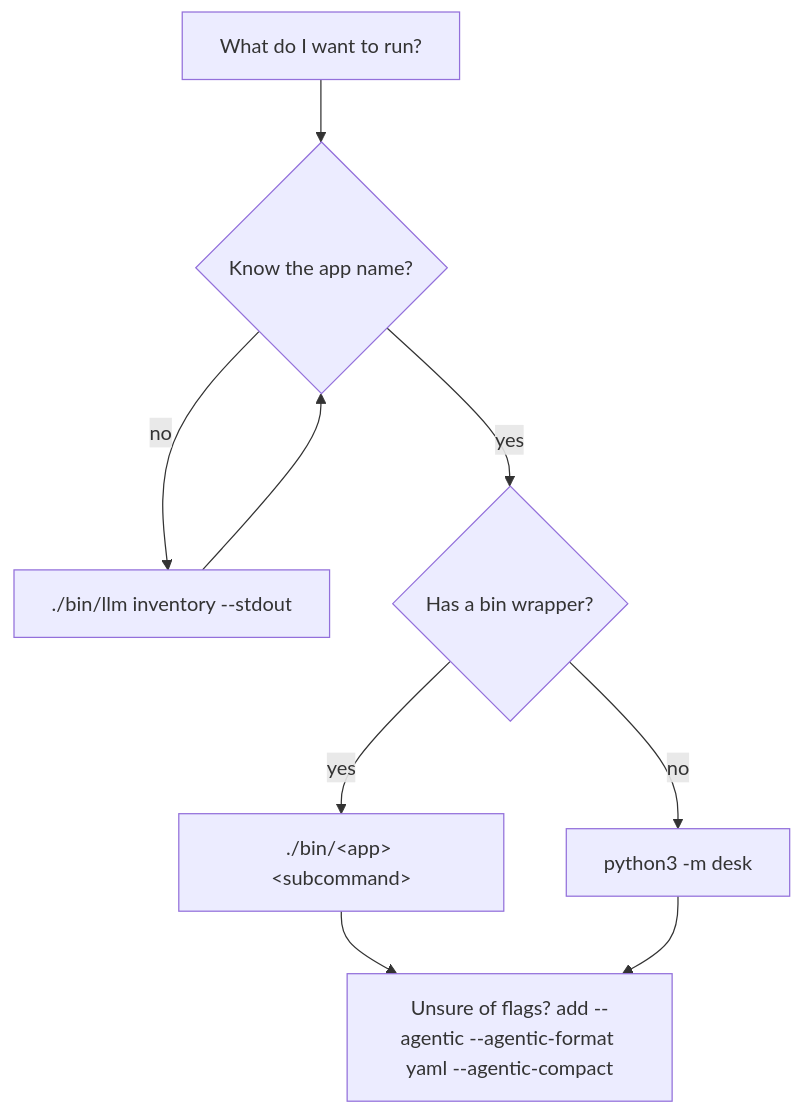
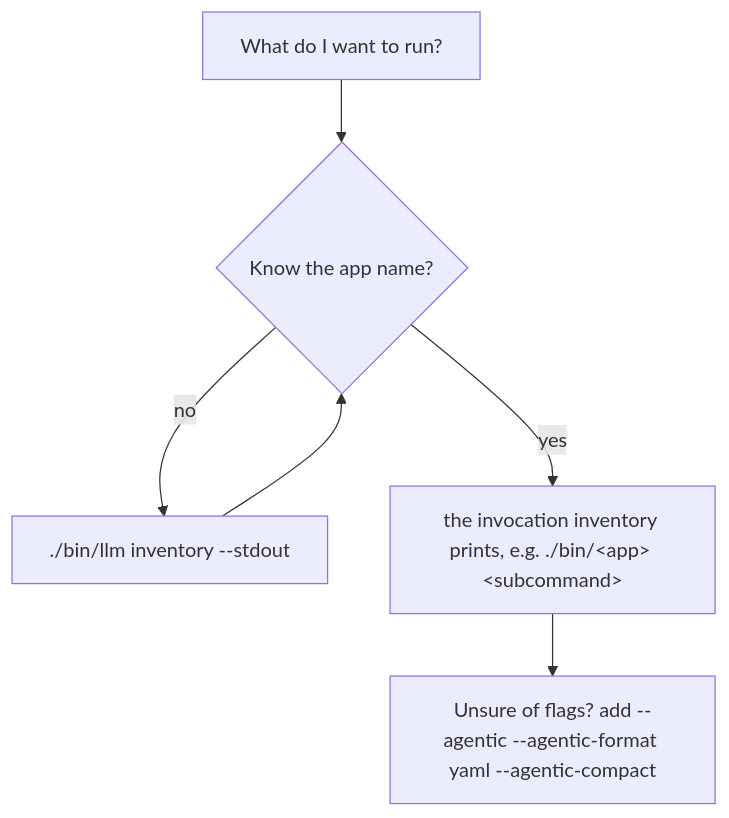
One commit to dancing-bear-show/dancing-bear changed the second of 2 diagrams in docs/getting-started.md. Above: the diagram before and after it, drawn with Mermaid. The commit also changed other lines of this file and 24 other files, not shown here.

````diff
--- a/docs/getting-started.md
+++ b/docs/getting-started.md
@@ -113,11 +113,8 @@
 ```mermaid
 flowchart TD
     Q[What do I want to run?] --> K{Know the app name?}
     K -- no --> I[./bin/llm inventory --stdout]
     I --> K
-    K -- yes --> W{Has a bin wrapper?}
-    W -- yes --> B["./bin/&lt;app&gt; &lt;subcommand&gt;"]
-    W -- no --> M[python3 -m desk]
+    K -- yes --> B["the invocation inventory prints, e.g. ./bin/&lt;app&gt; &lt;subcommand&gt;"]
     B --> G["Unsure of flags? add --agentic --agentic-format yaml --agentic-compact"]
-    M --> G
 ```
````
